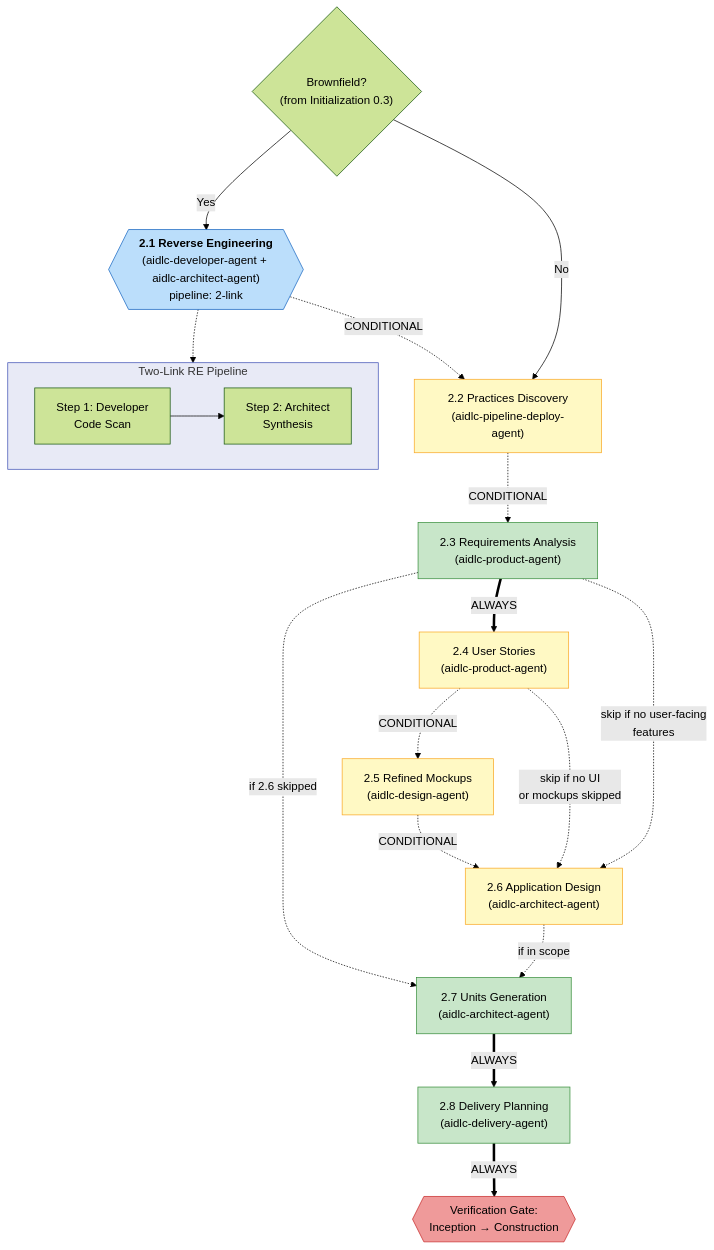
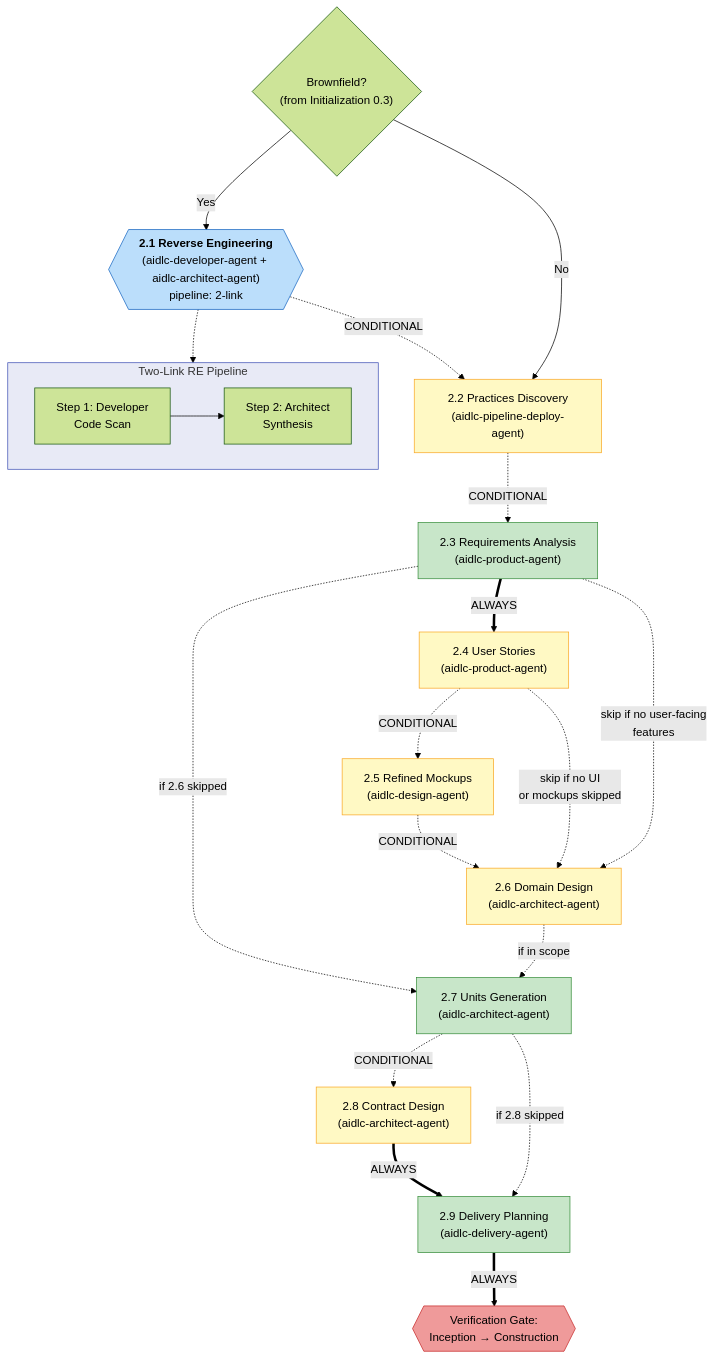
Before and after one commit to SaRedfiche/aidlc-workflows: the third of 6 diagrams in docs/guide/04-phases-and-stages.md, drawn with Mermaid (forest theme). The commit also changed other lines of this file and 569 other files, not shown here.

First line of the commit message:
feat: domain-design + contract-design restructure; infra-design consolidation (v2.6.1) (#711)

````diff
--- a/docs/guide/04-phases-and-stages.md
+++ b/docs/guide/04-phases-and-stages.md
@@ -149,50 +149,54 @@
 ```mermaid
 flowchart TD
     S21{{"`**2.1 Reverse Engineering**
     (aidlc-developer-agent + aidlc-architect-agent)
     pipeline: 2-link`"}}
     S2P["2.2 Practices Discovery\n(aidlc-pipeline-deploy-agent)"]
     S22["2.3 Requirements Analysis\n(aidlc-product-agent)"]
     S23["2.4 User Stories\n(aidlc-product-agent)"]
     S24["2.5 Refined Mockups\n(aidlc-design-agent)"]
-    S25["2.6 Application Design\n(aidlc-architect-agent)"]
+    S25["2.6 Domain Design\n(aidlc-architect-agent)"]
     S26["2.7 Units Generation\n(aidlc-architect-agent)"]
-    S27["2.8 Delivery Planning\n(aidlc-delivery-agent)"]
+    S2C["2.8 Contract Design\n(aidlc-architect-agent)"]
+    S27["2.9 Delivery Planning\n(aidlc-delivery-agent)"]
     VG2{{"Verification Gate:\nInception → Construction"}}
 
     BF_CHECK{"Brownfield?\n(from Initialization 0.3)"}
     BF_CHECK -->|Yes| S21
     BF_CHECK -->|No| S2P
     S21 -.->|CONDITIONAL| S2P
     S2P -.->|CONDITIONAL| S22
 
     subgraph RE_DETAIL["Two-Link RE Pipeline"]
         direction LR
         DEV_SCAN["Step 1: Developer\nCode Scan"]
         ARCH_SYNTH["Step 2: Architect\nSynthesis"]
         DEV_SCAN --> ARCH_SYNTH
     end
 
     S21 -.-> RE_DETAIL
 
     S22 ==>|ALWAYS| S23
     S22 -.->|"skip if no user-facing\nfeatures"| S25
     S23 -.->|CONDITIONAL| S24
     S23 -.->|"skip if no UI\nor mockups skipped"| S25
     S24 -.->|CONDITIONAL| S25
     S25 -.->|"if in scope"| S26
     S22 -.->|"if 2.6 skipped"| S26
-    S26 ==>|ALWAYS| S27
+    S26 -.->|CONDITIONAL| S2C
+    S26 -.->|"if 2.8 skipped"| S27
+    S2C ==>|ALWAYS| S27
     S27 ==>|ALWAYS| VG2
 
     style S21 fill:#bbdefb,stroke:#1565c0
     style S2P fill:#fff9c4,stroke:#f9a825
     style S22 fill:#c8e6c9,stroke:#388e3c
     style S26 fill:#c8e6c9,stroke:#388e3c
     style S27 fill:#c8e6c9,stroke:#388e3c
     style S23 fill:#fff9c4,stroke:#f9a825
     style S24 fill:#fff9c4,stroke:#f9a825
     style S25 fill:#fff9c4,stroke:#f9a825
+    style S2C fill:#fff9c4,stroke:#f9a825
     style VG2 fill:#ef9a9a,stroke:#c62828
     style RE_DETAIL fill:#e8eaf6,stroke:#3f51b5
 ```
````
